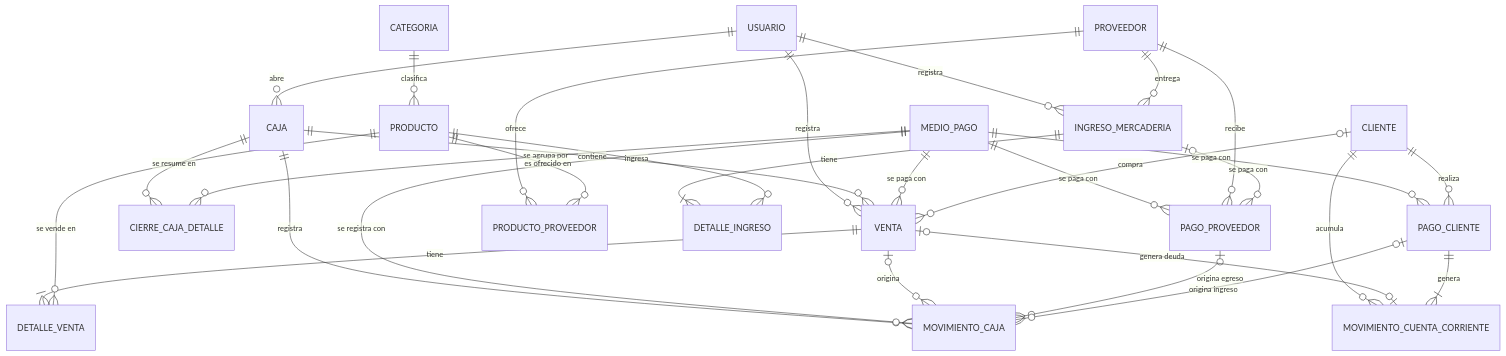
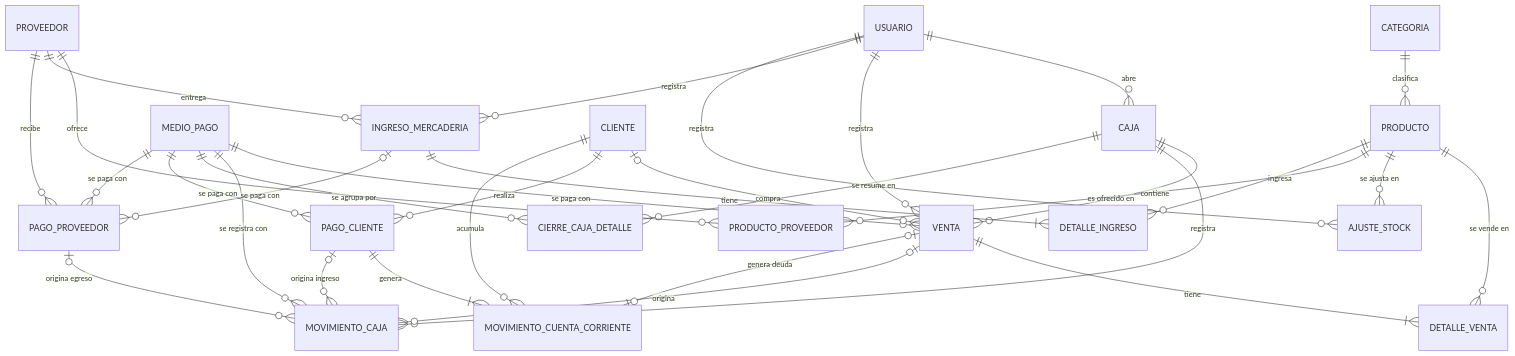
The first of 4 diagrams in docs/05-modelo-datos.md (Ezequielnav/sistema-gestion-carniceria), drawn with Mermaid before and after one commit. The commit also changed other lines of this file and 8 other files, not shown here.

First line of the commit message:
docs: ajuste de stock, stock inicial y cambios de stock en H3

````diff
--- a/docs/05-modelo-datos.md
+++ b/docs/05-modelo-datos.md
@@ -37,37 +37,39 @@
 ```mermaid
 erDiagram
     USUARIO ||--o{ CAJA : abre
     USUARIO ||--o{ VENTA : registra
     USUARIO ||--o{ INGRESO_MERCADERIA : registra
 
     CAJA ||--o{ VENTA : contiene
     CAJA ||--o{ MOVIMIENTO_CAJA : registra
     CAJA ||--o{ CIERRE_CAJA_DETALLE : "se resume en"
 
     MEDIO_PAGO ||--o{ VENTA : "se paga con"
     MEDIO_PAGO ||--o{ MOVIMIENTO_CAJA : "se registra con"
     MEDIO_PAGO ||--o{ CIERRE_CAJA_DETALLE : "se agrupa por"
     MEDIO_PAGO ||--o{ PAGO_CLIENTE : "se paga con"
     MEDIO_PAGO ||--o{ PAGO_PROVEEDOR : "se paga con"
 
     VENTA ||--|{ DETALLE_VENTA : tiene
     PRODUCTO ||--o{ DETALLE_VENTA : "se vende en"
     VENTA |o--o{ MOVIMIENTO_CAJA : origina
 
     CATEGORIA ||--o{ PRODUCTO : clasifica
+    PRODUCTO ||--o{ AJUSTE_STOCK : "se ajusta en"
+    USUARIO ||--o{ AJUSTE_STOCK : registra
     PROVEEDOR ||--o{ PRODUCTO_PROVEEDOR : ofrece
     PRODUCTO ||--o{ PRODUCTO_PROVEEDOR : "es ofrecido en"
     PROVEEDOR ||--o{ INGRESO_MERCADERIA : entrega
     INGRESO_MERCADERIA ||--|{ DETALLE_INGRESO : tiene
     PRODUCTO ||--o{ DETALLE_INGRESO : ingresa
     PROVEEDOR ||--o{ PAGO_PROVEEDOR : recibe
     INGRESO_MERCADERIA |o--o{ PAGO_PROVEEDOR : "se paga con"
     PAGO_PROVEEDOR |o--o{ MOVIMIENTO_CAJA : "origina egreso"
 
     CLIENTE |o--o{ VENTA : compra
     CLIENTE ||--o{ PAGO_CLIENTE : realiza
     CLIENTE ||--o{ MOVIMIENTO_CUENTA_CORRIENTE : acumula
     VENTA |o--o| MOVIMIENTO_CUENTA_CORRIENTE : "genera deuda"
     PAGO_CLIENTE ||--|{ MOVIMIENTO_CUENTA_CORRIENTE : genera
     PAGO_CLIENTE |o--o{ MOVIMIENTO_CAJA : "origina ingreso"
 ```
````
